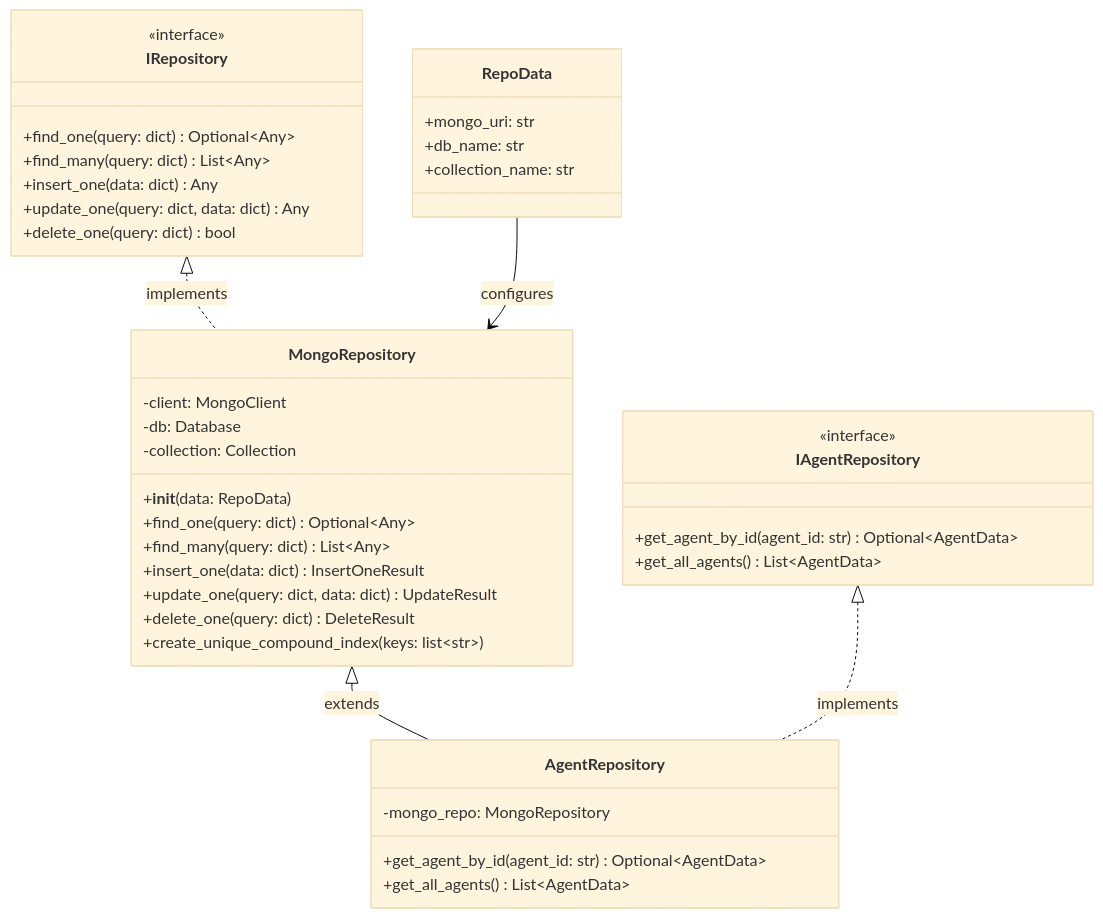
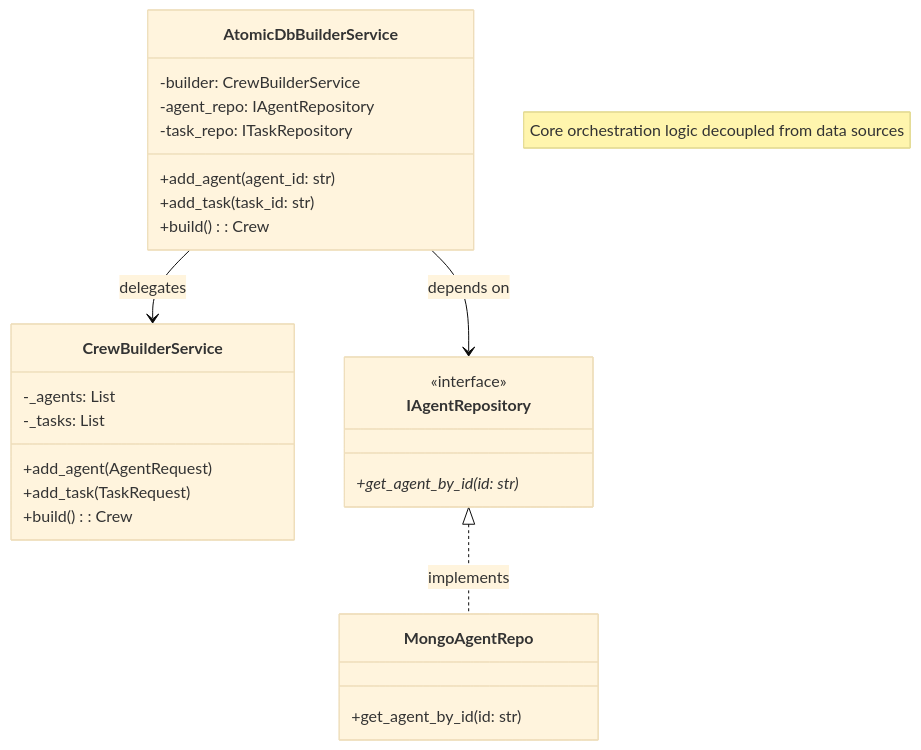
Before and after one commit to NikhilVijayakumar/Amsha: the second of 3 diagrams in docs/paper/modules/crew_forge/architecture.md, drawn with Mermaid. The commit also changed other lines of this file and 30 other files, not shown here.

````diff
--- a/docs/paper/modules/crew_forge/architecture.md
+++ b/docs/paper/modules/crew_forge/architecture.md
@@ -75,51 +47,35 @@
 ```mermaid
----
-config:
-  theme: base
----
+%%{init: {'theme': 'base'}}%%
 classDiagram
-    class IRepository {
-        <<interface>>
-        +find_one(query: dict) Optional~Any~
-        +find_many(query: dict) List~Any~
-        +insert_one(data: dict) Any
-        +update_one(query: dict, data: dict) Any
-        +delete_one(query: dict) bool
+    note "Core orchestration logic decoupled from data sources"
+    
+    class CrewBuilderService {
+        -_agents: List
+        -_tasks: List
+        +add_agent(AgentRequest)
+        +add_task(TaskRequest)
+        +build(): Crew
     }
-    
-    class MongoRepository {
-        -client: MongoClient
-        -db: Database
-        -collection: Collection
-        +__init__(data: RepoData)
-        +find_one(query: dict) Optional~Any~
-        +find_many(query: dict) List~Any~
-        +insert_one(data: dict) InsertOneResult
-        +update_one(query: dict, data: dict) UpdateResult
-        +delete_one(query: dict) DeleteResult
-        +create_unique_compound_index(keys: list~str~)
+
+    class AtomicDbBuilderService {
+        -builder: CrewBuilderService
+        -agent_repo: IAgentRepository
+        -task_repo: ITaskRepository
+        +add_agent(agent_id: str)
+        +add_task(task_id: str)
+        +build(): Crew
     }
-    
+
     class IAgentRepository {
         <<interface>>
-        +get_agent_by_id(agent_id: str) Optional~AgentData~
-        +get_all_agents() List~AgentData~
+        +get_agent_by_id(id: str)*
     }
-    
-    class AgentRepository {
-        -mongo_repo: MongoRepository
-        +get_agent_by_id(agent_id: str) Optional~AgentData~
-        +get_all_agents() List~AgentData~
+
+    class MongoAgentRepo {
+        +get_agent_by_id(id: str)
     }
-    
-    class RepoData {
-        +mongo_uri: str
-        +db_name: str
-        +collection_name: str
-    }
-    
-    IRepository <|.. MongoRepository : implements
-    MongoRepository <|-- AgentRepository : extends
-    IAgentRepository <|.. AgentRepository : implements
-    RepoData --> MongoRepository : configures
+
+    AtomicDbBuilderService --> CrewBuilderService : delegates
+    AtomicDbBuilderService --> IAgentRepository : depends on
+    IAgentRepository <|.. MongoAgentRepo : implements
 ```
````
